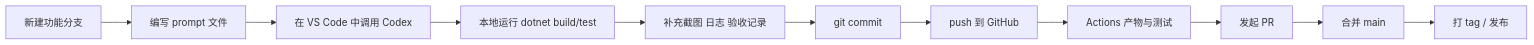
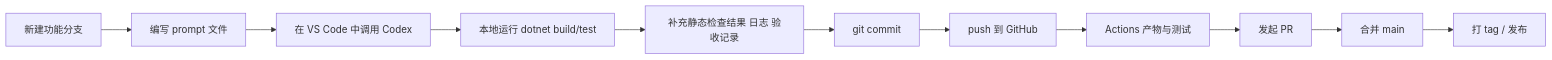
One commit to jim-git-2000/LuLuPet changed the second of 3 diagrams in docs/PLAN.md. Above: the diagram before and after it, drawn with Mermaid. The commit also changed other lines of this file, not shown here.

````diff
--- a/docs/PLAN.md
+++ b/docs/PLAN.md
@@ -183,13 +182,13 @@
 ```mermaid
 flowchart LR
     A[新建功能分支] --> B[编写 prompt 文件]
     B --> C[在 VS Code 中调用 Codex]
     C --> D[本地运行 dotnet build/test]
-    D --> E[补充截图 日志 验收记录]
+    D --> E[补充静态检查结果 日志 验收记录]
     E --> F[git commit]
     F --> G[push 到 GitHub]
     G --> H[Actions 产物与测试]
     H --> I[发起 PR]
     I --> J[合并 main]
     J --> K[打 tag / 发布]
 ```
````
